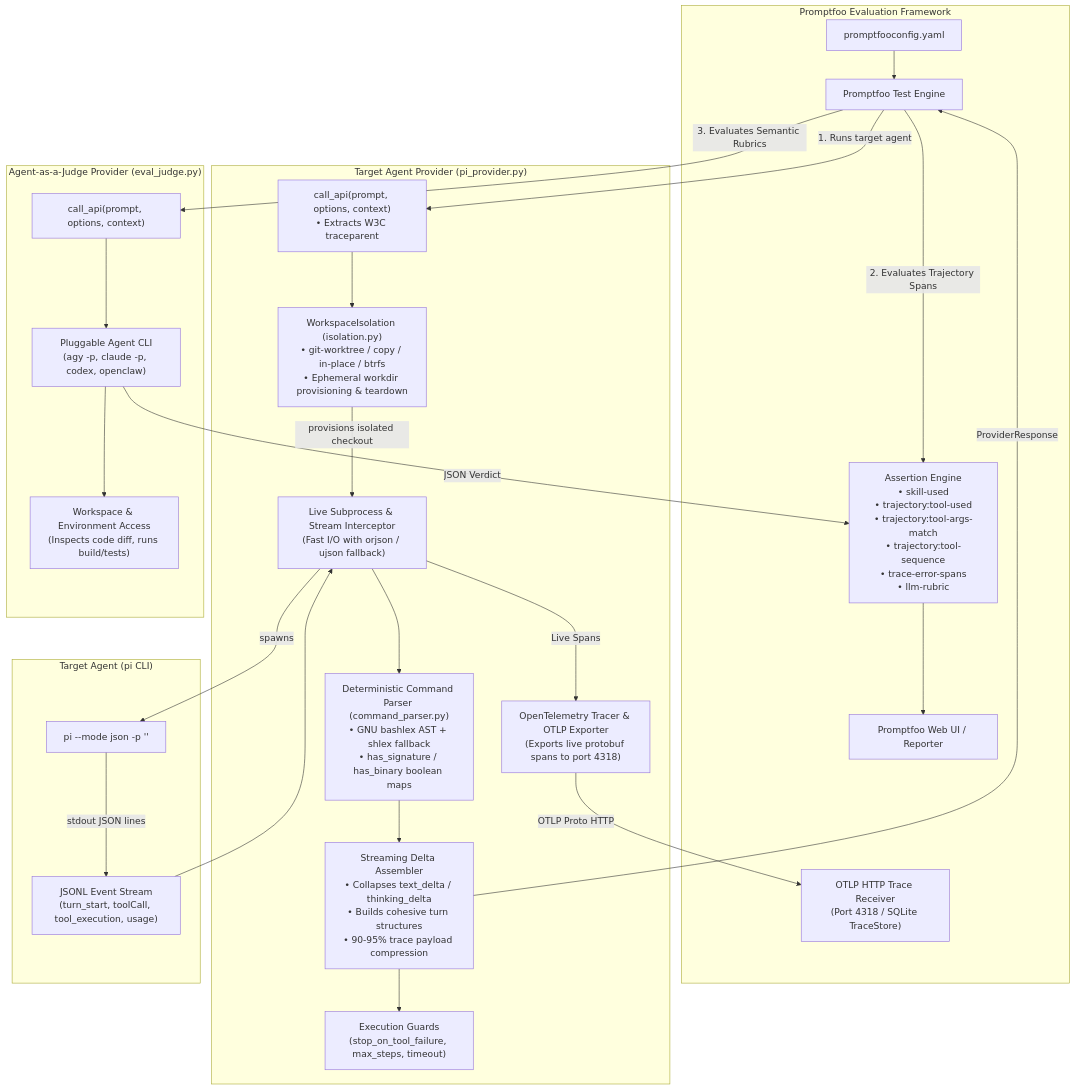
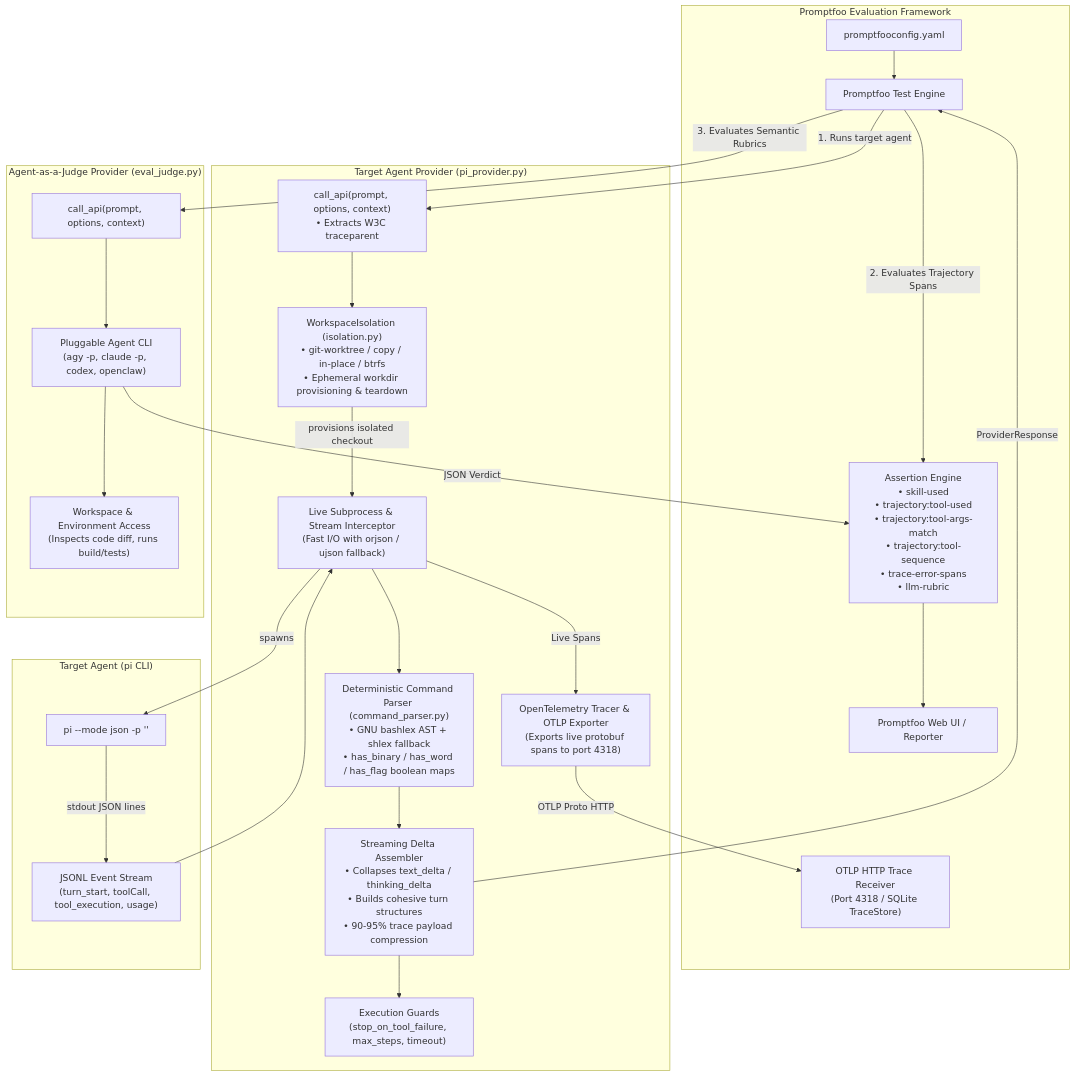
Before and after one commit to vptyp/promptfoo-eval-pi: the first of 2 diagrams in ARCHITECTURE.md, drawn with Mermaid. The commit also changed other lines of this file and 7 other files, not shown here.

First line of the commit message:
[parser] Use generic binary, word, and flag matching

````diff
--- a/ARCHITECTURE.md
+++ b/ARCHITECTURE.md
@@ -9,51 +9,51 @@
 ```mermaid
 flowchart TD
     subgraph PF [Promptfoo Evaluation Framework]
         Config["promptfooconfig.yaml"]
         Runner["Promptfoo Test Engine"]
         OTLPRecv["OTLP HTTP Trace Receiver\n(Port 4318 / SQLite TraceStore)"]
         UI["Promptfoo Web UI / Reporter"]
         Assertions["Assertion Engine\n• skill-used\n• trajectory:tool-used\n• trajectory:tool-args-match\n• trajectory:tool-sequence\n• trace-error-spans\n• llm-rubric"]
     end
 
     subgraph Provider ["Target Agent Provider (pi_provider.py)"]
         Entry["call_api(prompt, options, context)\n• Extracts W3C traceparent"]
         IsoManager["WorkspaceIsolation (isolation.py)\n• git-worktree / copy / in-place / btrfs\n• Ephemeral workdir provisioning & teardown"]
         StreamRunner["Live Subprocess & Stream Interceptor\n(Fast I/O with orjson / ujson fallback)"]
-        CmdParser["Deterministic Command Parser (command_parser.py)\n• GNU bashlex AST + shlex fallback\n• has_signature / has_binary boolean maps"]
+        CmdParser["Deterministic Command Parser (command_parser.py)\n• GNU bashlex AST + shlex fallback\n• has_binary / has_word / has_flag boolean maps"]
         DeltaAssembler["Streaming Delta Assembler\n• Collapses text_delta / thinking_delta\n• Builds cohesive turn structures\n• 90-95% trace payload compression"]
         OTelExporter["OpenTelemetry Tracer & OTLP Exporter\n(Exports live protobuf spans to port 4318)"]
         Guard["Execution Guards\n(stop_on_tool_failure, max_steps, timeout)"]
     end
 
     subgraph JudgeProvider ["Agent-as-a-Judge Provider (eval_judge.py)"]
         JudgeEntry["call_api(prompt, options, context)"]
         JudgeCLI["Pluggable Agent CLI\n(agy -p, claude -p, codex, openclaw)"]
         JudgeEnv["Workspace & Environment Access\n(Inspects code diff, runs build/tests)"]
     end
 
     subgraph Target ["Target Agent (pi CLI)"]
         PiProc["pi --mode json -p '<prompt>'"]
         JSONL["JSONL Event Stream\n(turn_start, toolCall, tool_execution, usage)"]
     end
 
     Config --> Runner
     Runner -->|1. Runs target agent| Entry
     Entry --> IsoManager
     IsoManager -->|provisions isolated checkout| StreamRunner
     StreamRunner -->|spawns| PiProc
     PiProc -->|stdout JSON lines| JSONL
     JSONL --> StreamRunner
     StreamRunner --> CmdParser
     CmdParser --> DeltaAssembler
     DeltaAssembler --> Guard
     StreamRunner -->|Live Spans| OTelExporter
     OTelExporter -->|OTLP Proto HTTP| OTLPRecv
     DeltaAssembler -->|ProviderResponse| Runner
     Runner -->|2. Evaluates Trajectory Spans| Assertions
     Runner -->|3. Evaluates Semantic Rubrics| JudgeEntry
     JudgeEntry --> JudgeCLI
     JudgeCLI --> JudgeEnv
     JudgeCLI -->|JSON Verdict| Assertions
     Assertions --> UI
 ```
````
